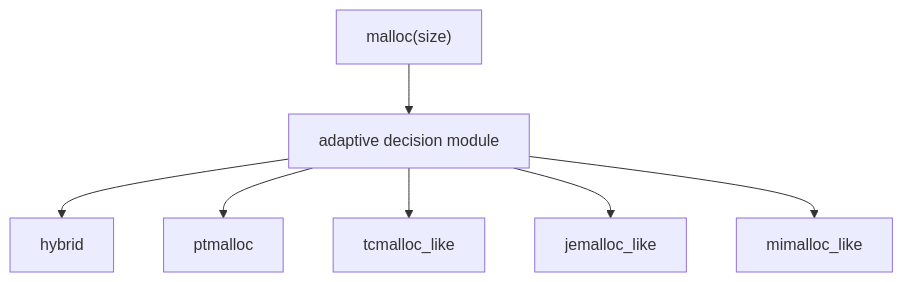
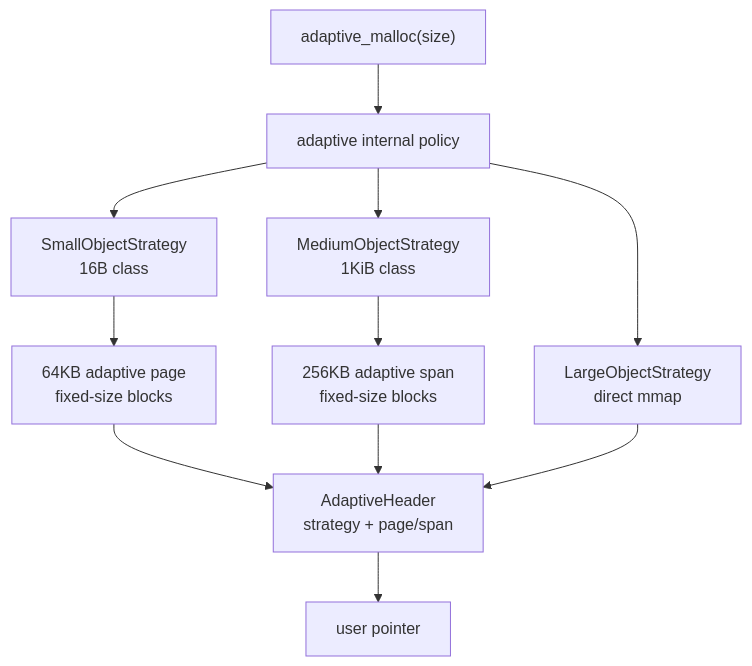
One commit to sdsasf/my_malloc changed the first of 2 diagrams in docs/adaptive_allocator.md. Above: the diagram before and after it, drawn with Mermaid. The commit also changed other lines of this file and 23 other files, not shown here.

````diff
--- a/docs/adaptive_allocator.md
+++ b/docs/adaptive_allocator.md
@@ -13,17 +42,17 @@
 ```mermaid
 flowchart TB
-    API["malloc(size)"]
-    Policy["adaptive decision module"]
-    HY["hybrid"]
-    PT["ptmalloc"]
-    TC["tcmalloc_like"]
-    JE["jemalloc_like"]
-    MI["mimalloc_like"]
+    Req["adaptive_malloc(size)"]
+    Policy["adaptive internal policy"]
+    Small["SmallObjectStrategy<br/>16B class"]
+    Medium["MediumObjectStrategy<br/>1KiB class"]
+    Large["LargeObjectStrategy<br/>direct mmap"]
+    Page["64KB adaptive page<br/>fixed-size blocks"]
+    Span["256KB adaptive span<br/>fixed-size blocks"]
+    Header["AdaptiveHeader<br/>strategy + page/span"]
+    User["user pointer"]
 
-    API --> Policy
-    Policy --> HY
-    Policy --> PT
-    Policy --> TC
-    Policy --> JE
-    Policy --> MI
+    Req --> Policy
+    Policy --> Small --> Page --> Header --> User
+    Policy --> Medium --> Span --> Header
+    Policy --> Large --> Header
 ```
````
